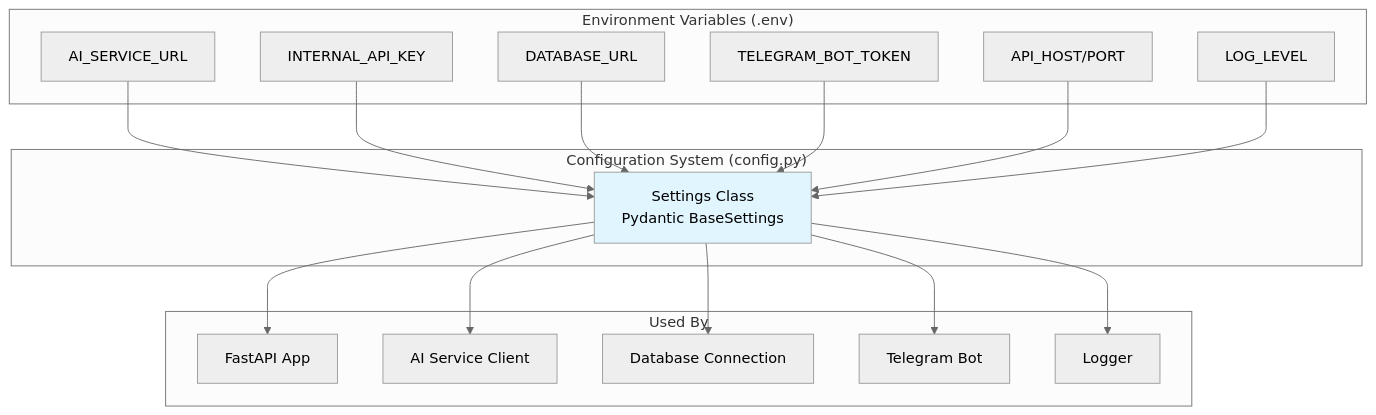
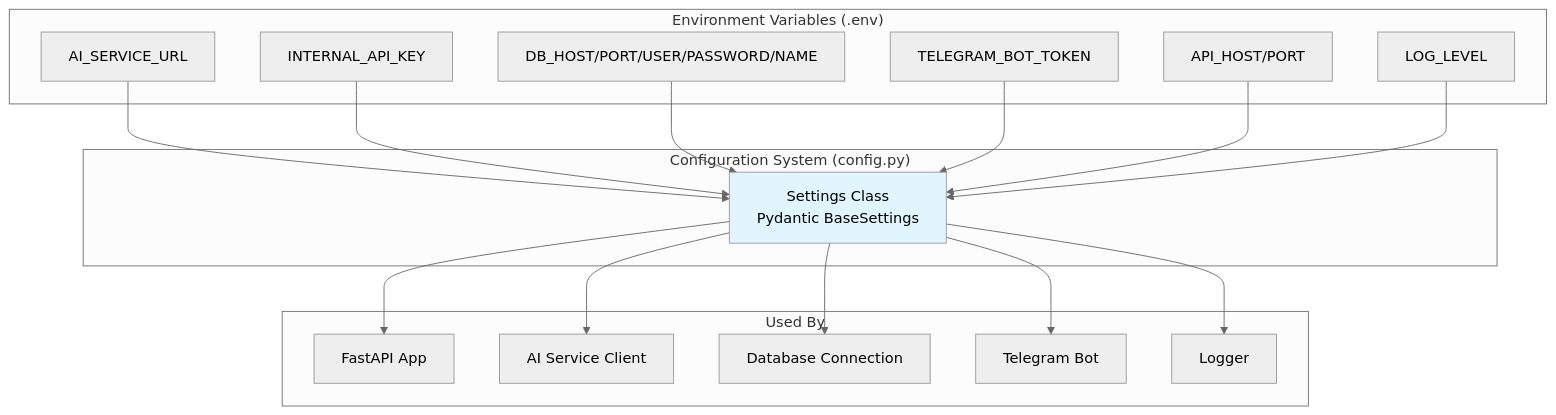
Diagram 20 of 20 in ARCHITECTURE.md (NeoHosseinism/Arash-Bot), drawn with Mermaid (neutral theme) before and after one commit. The commit also changed 2 other files, not shown here.

First paragraph of the commit message:
Fix database.py to use separated DB parameters instead of DATABASE_URL
Resolved issue where database.py was still looking for the deprecated
DATABASE_URL environment variable after migration to separated parameters.

````diff
--- a/ARCHITECTURE.md
+++ b/ARCHITECTURE.md
@@ -876,38 +876,38 @@
 ```mermaid
 graph TB
     subgraph "Environment Variables (.env)"
         ENV1[AI_SERVICE_URL]
         ENV2[INTERNAL_API_KEY]
-        ENV3[DATABASE_URL]
+        ENV3[DB_HOST/PORT/USER/PASSWORD/NAME]
         ENV4[TELEGRAM_BOT_TOKEN]
         ENV5[API_HOST/PORT]
         ENV6[LOG_LEVEL]
     end
 
     subgraph "Configuration System (config.py)"
         CONFIG[Settings Class<br/>Pydantic BaseSettings]
     end
 
     subgraph "Used By"
         API[FastAPI App]
         AI_CLIENT[AI Service Client]
         DB[Database Connection]
         TG_BOT[Telegram Bot]
         LOGGER[Logger]
     end
 
     ENV1 --> CONFIG
     ENV2 --> CONFIG
     ENV3 --> CONFIG
     ENV4 --> CONFIG
     ENV5 --> CONFIG
     ENV6 --> CONFIG
 
     CONFIG --> API
     CONFIG --> AI_CLIENT
     CONFIG --> DB
     CONFIG --> TG_BOT
     CONFIG --> LOGGER
 
     style CONFIG fill:#E1F5FF
 ```
````
